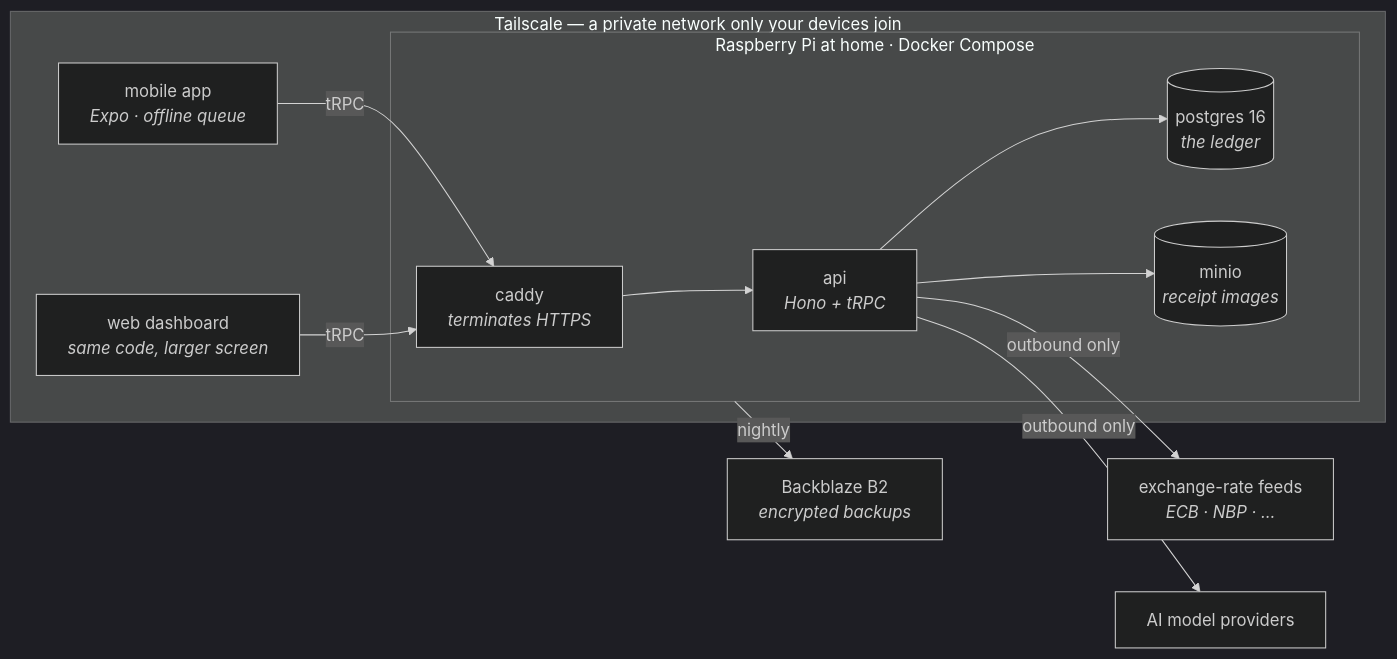
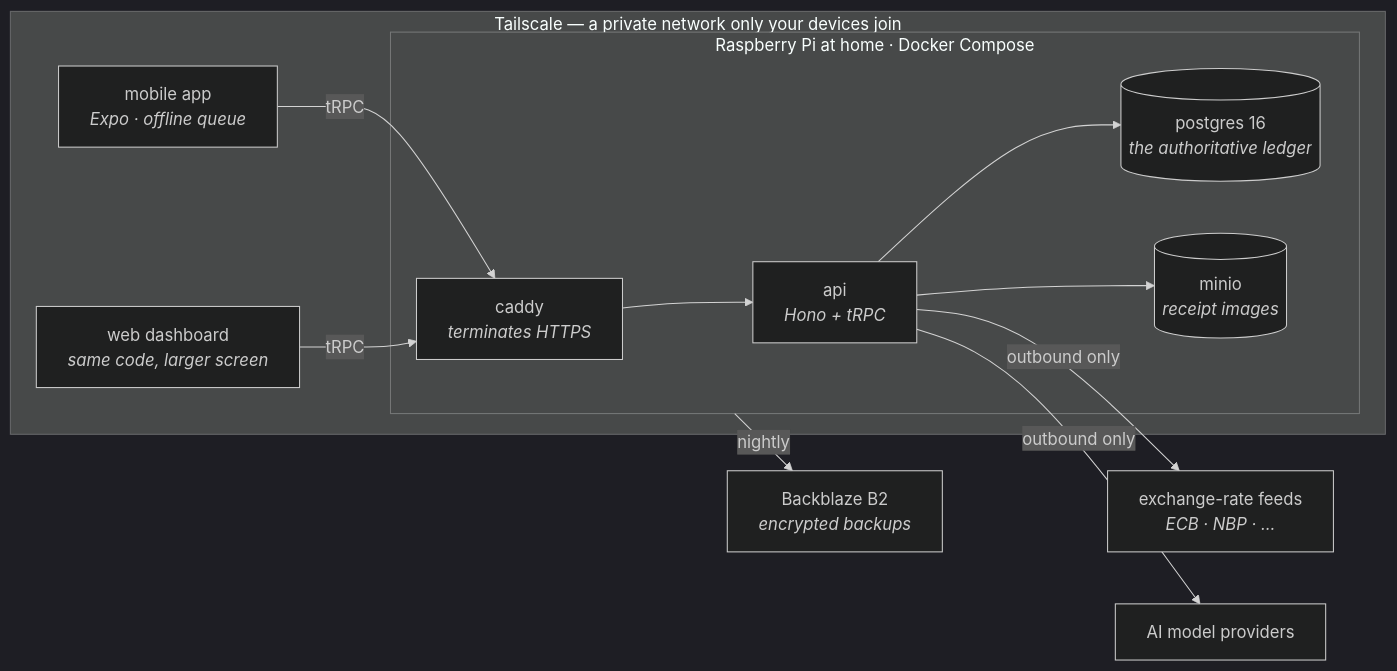
Before and after one commit to VoltLightning/waltning: the first of 2 diagrams in docs/wiki/Home.md, drawn with Mermaid (dark theme). The commit also changed other lines of this file and 24 other files, not shown here.

````diff
--- a/docs/wiki/Home.md
+++ b/docs/wiki/Home.md
@@ -33,21 +51,21 @@
 ```mermaid
 graph LR
     subgraph tailnet["Tailscale — a private network only your devices join"]
         PHONE["mobile app<br/><i>Expo · offline queue</i>"]
         WEB["web dashboard<br/><i>same code, larger screen</i>"]
         subgraph pi["Raspberry Pi at home · Docker Compose"]
             CADDY["caddy<br/><i>terminates HTTPS</i>"]
             API["api<br/><i>Hono + tRPC</i>"]
-            PG[("postgres 16<br/><i>the ledger</i>")]
+            PG[("postgres 16<br/><i>the authoritative ledger</i>")]
             MINIO[("minio<br/><i>receipt images</i>")]
         end
     end
     FX["exchange-rate feeds<br/><i>ECB · NBP · …</i>"]
     LLM["AI model providers"]
     B2["Backblaze B2<br/><i>encrypted backups</i>"]
 
     PHONE & WEB -->|tRPC| CADDY --> API
     API --> PG & MINIO
     API -->|outbound only| FX & LLM
     pi -->|nightly| B2
 ```
````
